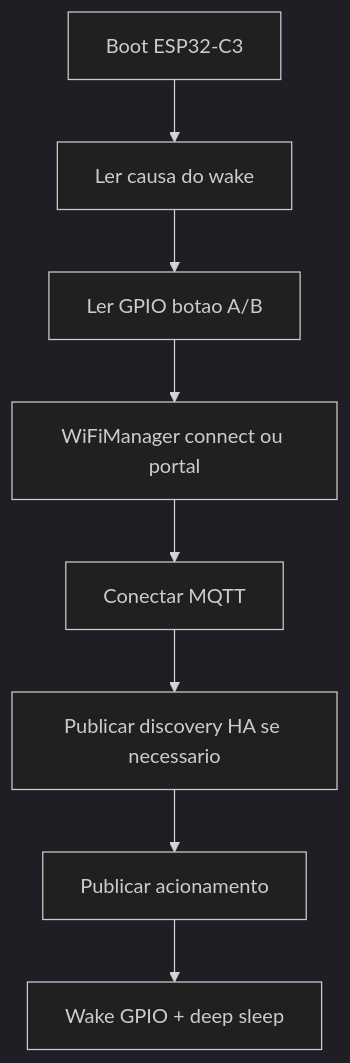
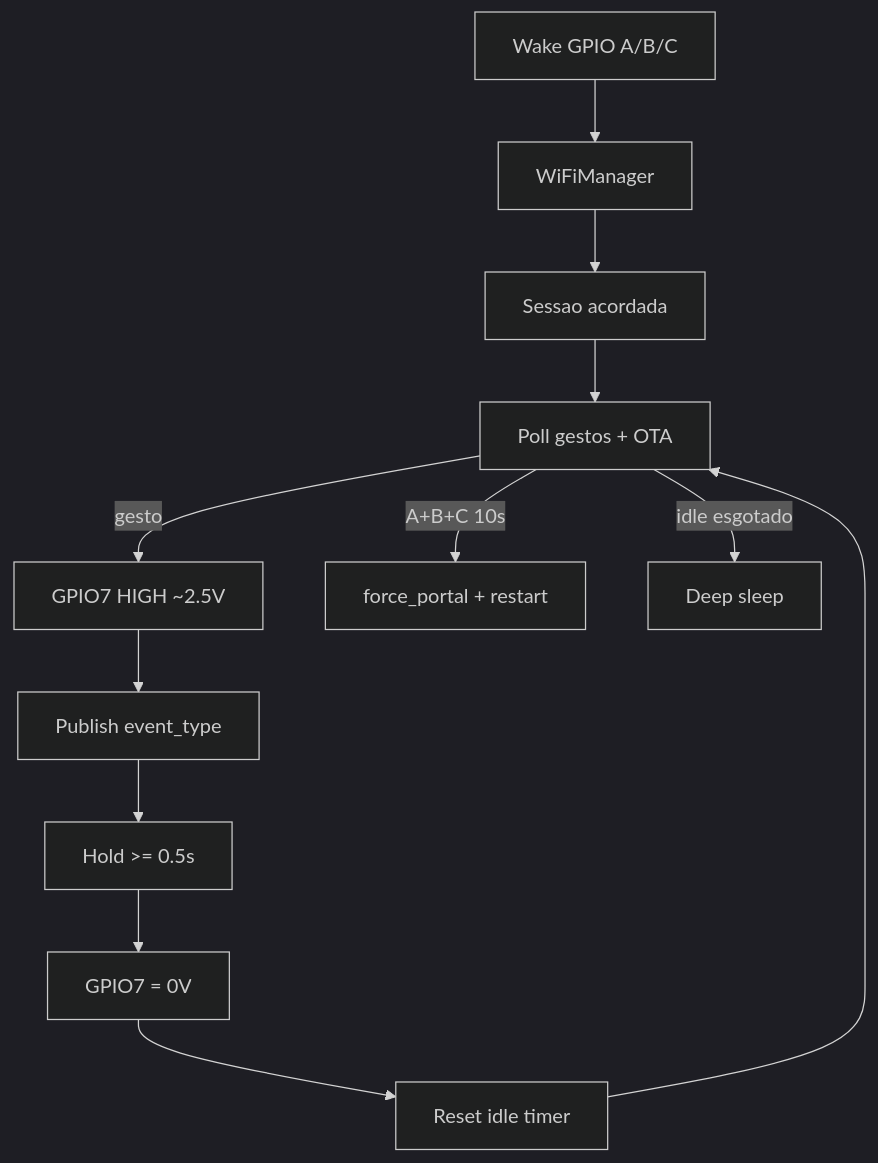
The diagram in DOC/arquitetura.md (nitroxgas/HAButton), drawn with Mermaid (dark theme) before and after one commit. The commit also changed other lines of this file and 24 other files, not shown here.

````diff
--- a/DOC/arquitetura.md
+++ b/DOC/arquitetura.md
@@ -7,10 +5,14 @@
 ```mermaid
 flowchart TD
-  boot[Boot ESP32-C3] --> wakeReason[Ler causa do wake]
-  wakeReason --> readBtns[Ler GPIO botao A/B]
-  readBtns --> wifi[WiFiManager connect ou portal]
-  wifi --> mqtt[Conectar MQTT]
-  mqtt --> discover[Publicar discovery HA se necessario]
-  discover --> publish[Publicar acionamento]
-  publish --> sleep[Wake GPIO + deep sleep]
+  wake[Wake GPIO A/B/C] --> wifi[WiFiManager]
+  wifi --> session[Sessao acordada]
+  session --> poll[Poll gestos + OTA]
+  poll -->|gesto| effect[GPIO7 HIGH ~2.5V]
+  effect --> mqtt[Publish event_type]
+  mqtt --> hold[Hold >= 0.5s]
+  hold --> off[GPIO7 = 0V]
+  off --> reset[Reset idle timer]
+  reset --> poll
+  poll -->|A+B+C 10s| portal[force_portal + restart]
+  poll -->|idle esgotado| sleep[Deep sleep]
 ```
````
